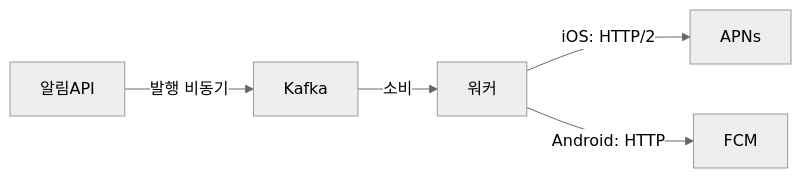
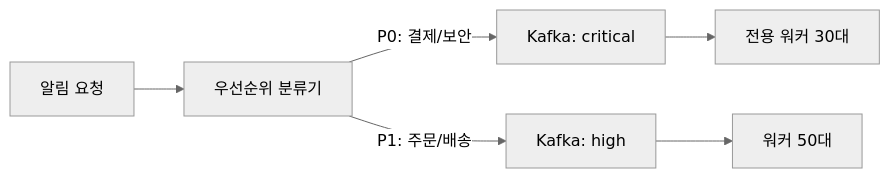
The second of 5 diagrams in _posts/systemdesign/2026-05-02-system-design-notification.md (yjkim2015/yjkim2015.github.io), drawn with Mermaid (neutral theme) before and after one commit. The commit also changed other lines of this file and 4 other files, not shown here.

````diff
--- a/_posts/systemdesign/2026-05-02-system-design-notification.md
+++ b/_posts/systemdesign/2026-05-02-system-design-notification.md
@@ -130,7 +380,8 @@
 ```mermaid
 graph LR
-    A[알림API] -->|발행 비동기| B[Kafka]
-    B -->|소비| C[워커]
-    C -->|iOS: HTTP/2| D[APNs]
-    C -->|Android: HTTP| E[FCM]
+    N[알림 요청] --> R[우선순위 분류기]
+    R -->|P0: 결제/보안| T0[Kafka: critical]
+    R -->|P1: 주문/배송| T1[Kafka: high]
+    T0 --> W0[전용 워커 30대]
+    T1 --> W1[워커 50대]
 ```
````
